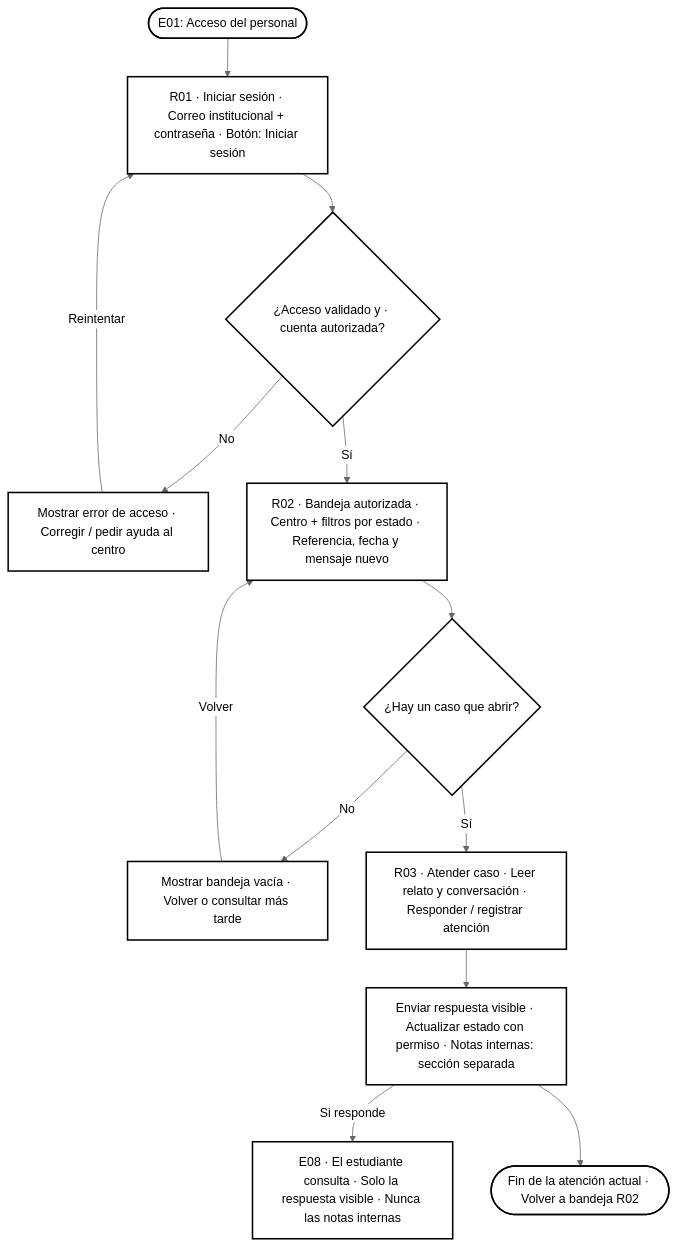
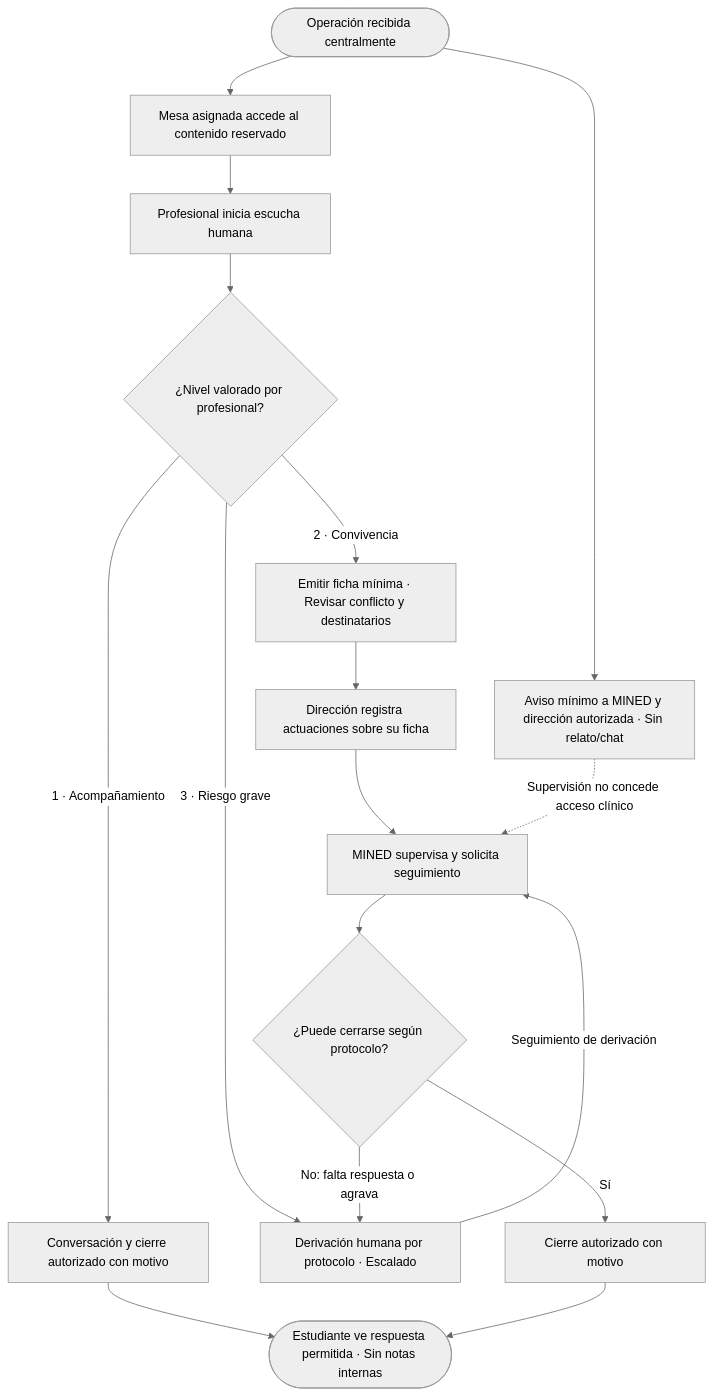
The diagram in docs/diseno/flujos/04-personal.mmd (JaBaca67/Setu-Unicef-Bugnuelitos-UAM), drawn with Mermaid (neutral theme) before and after one commit. The commit also changed 12 other files, not shown here.

Commit message:
docs: actualizar siete flujos Mermaid y retirar vistas obsoletas

```diff
--- a/docs/diseno/flujos/04-personal.mmd
+++ b/docs/diseno/flujos/04-personal.mmd
@@ -1,27 +1,17 @@
-%% HISTORICO: acceso y persistencia sustituidos por ADR 0003; actualizar antes de implementar.
 flowchart TD
-    start(["E01: Acceso del personal"])
-    login["R01 · Iniciar sesión · Correo institucional + contraseña · Botón: Iniciar sesión"]
-    valid{"¿Acceso validado y · cuenta autorizada?"}
-    error["Mostrar error de acceso · Corregir / pedir ayuda al centro"]
-    inbox["R02 · Bandeja autorizada · Centro + filtros por estado · Referencia, fecha y mensaje nuevo"]
-    cases{"¿Hay un caso que abrir?"}
-    empty["Mostrar bandeja vacía · Volver o consultar más tarde"]
-    case["R03 · Atender caso · Leer relato y conversación · Responder / registrar atención"]
-    answer["Enviar respuesta visible · Actualizar estado con permiso · Notas internas: sección separada"]
-    student["E08 · El estudiante consulta · Solo la respuesta visible · Nunca las notas internas"]
-    finish(["Fin de la atención actual · Volver a bandeja R02"])
-    start --> login
-    login --> valid
-    valid -->|"No"| error
-    error -->|"Reintentar"| login
-    valid -->|"Sí"| inbox
-    inbox --> cases
-    cases -->|"No"| empty
-    empty -->|"Volver"| inbox
-    cases -->|"Sí"| case
-    case --> answer
-    answer -->|"Si responde"| student
-    answer --> finish
-    classDef plain fill:#fff,stroke:#000,color:#000,stroke-width:2px;
-    class start,login,valid,error,inbox,cases,empty,case,answer,student,finish plain;
+    A(["Operación recibida centralmente"]) --> B["Aviso mínimo a MINED y dirección autorizada · Sin relato/chat"]
+    A --> C["Mesa asignada accede al contenido reservado"]
+    C --> D["Profesional inicia escucha humana"]
+    D --> E{"¿Nivel valorado por profesional?"}
+    E -->|"1 · Acompañamiento"| F["Conversación y cierre autorizado con motivo"]
+    E -->|"2 · Convivencia"| G["Emitir ficha mínima · Revisar conflicto y destinatarios"]
+    E -->|"3 · Riesgo grave"| H["Derivación humana por protocolo · Escalado"]
+    G --> I["Dirección registra actuaciones sobre su ficha"]
+    I --> J["MINED supervisa y solicita seguimiento"]
+    J --> K{"¿Puede cerrarse según protocolo?"}
+    K -->|"Sí"| L["Cierre autorizado con motivo"]
+    K -->|"No: falta respuesta o agrava"| H
+    H -->|"Seguimiento de derivación"| J
+    F --> M(["Estudiante ve respuesta permitida · Sin notas internas"])
+    L --> M
+    B -.->|"Supervisión no concede acceso clínico"| J
```
